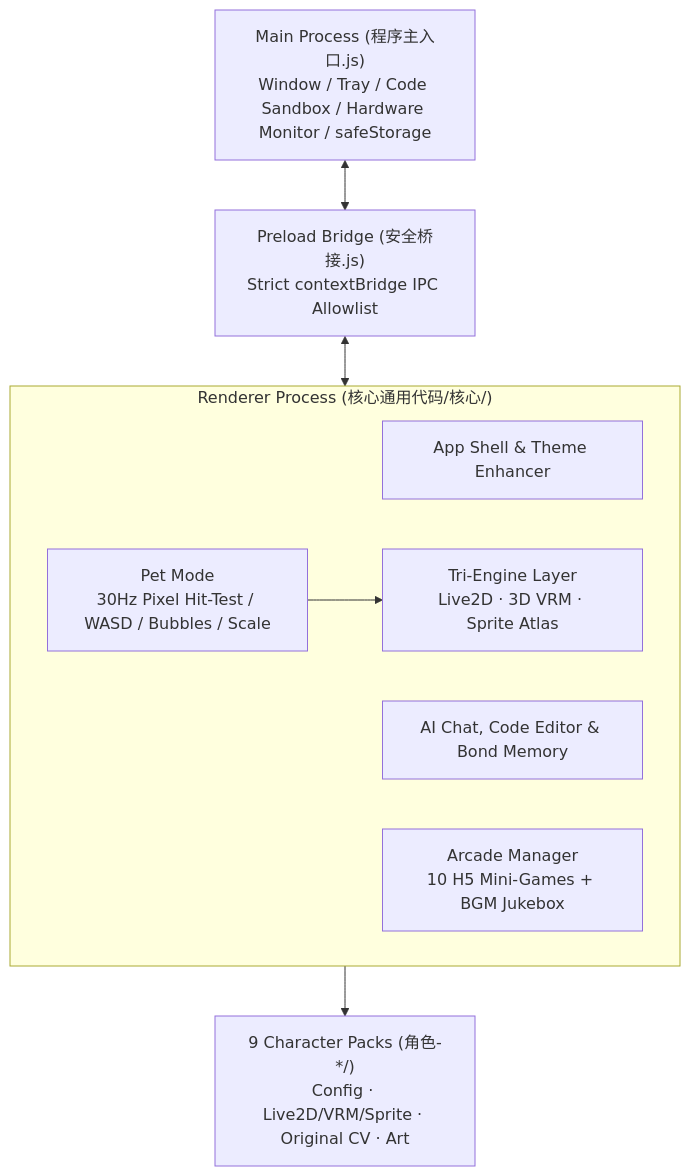
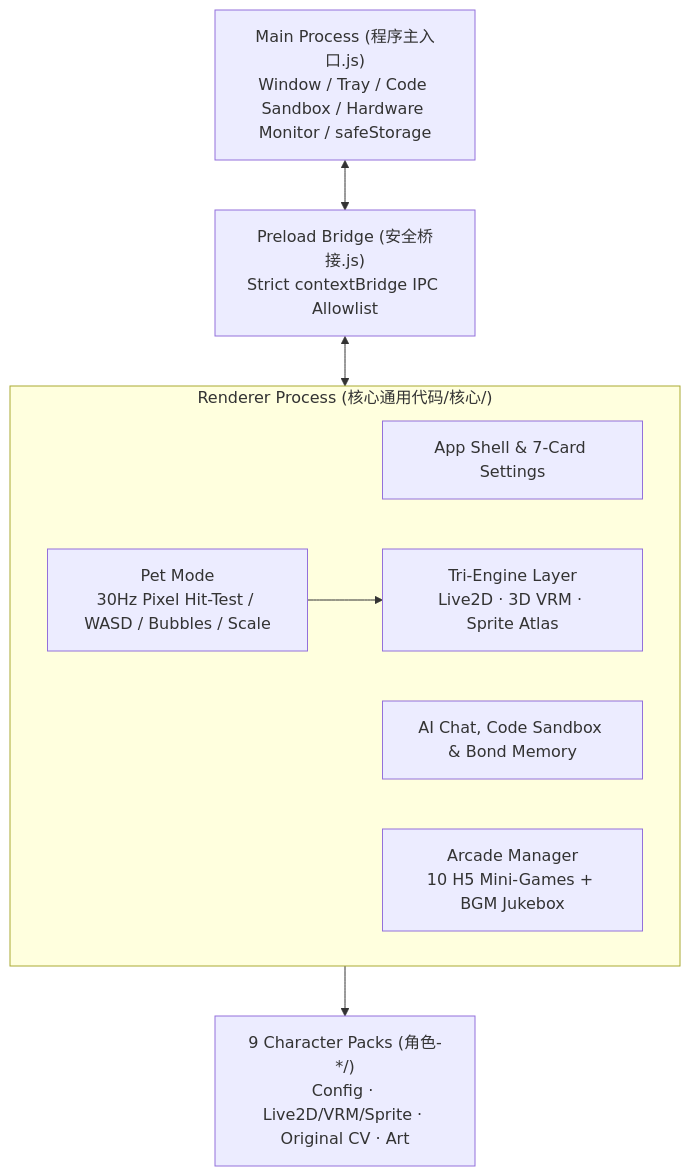
One commit to SherlockYzz/anime-desktop-pet changed the diagram in README.md. Above: the diagram before and after it, drawn with Mermaid. The commit also changed other lines of this file and 2 other files, not shown here.

````diff
--- a/README.md
+++ b/README.md
@@ -133,17 +151,17 @@
 ```mermaid
 flowchart TB
     Main["Main Process (程序主入口.js)<br/>Window / Tray / Code Sandbox / Hardware Monitor / safeStorage"]
     Bridge["Preload Bridge (安全桥接.js)<br/>Strict contextBridge IPC Allowlist"]
     subgraph Renderer["Renderer Process (核心通用代码/核心/)"]
-        App["App Shell & Theme Enhancer"]
+        App["App Shell & 7-Card Settings"]
         Pet["Pet Mode<br/>30Hz Pixel Hit-Test / WASD / Bubbles / Scale"]
         Engines["Tri-Engine Layer<br/>Live2D · 3D VRM · Sprite Atlas"]
-        AI["AI Chat, Code Editor & Bond Memory"]
+        AI["AI Chat, Code Sandbox & Bond Memory"]
         Arcade["Arcade Manager<br/>10 H5 Mini-Games + BGM Jukebox"]
     end
     Assets["9 Character Packs (角色-*/)<br/>Config · Live2D/VRM/Sprite · Original CV · Art"]
 
     Main <--> Bridge <--> Renderer
     Pet --> Engines
     Renderer --> Assets
 ```
````
